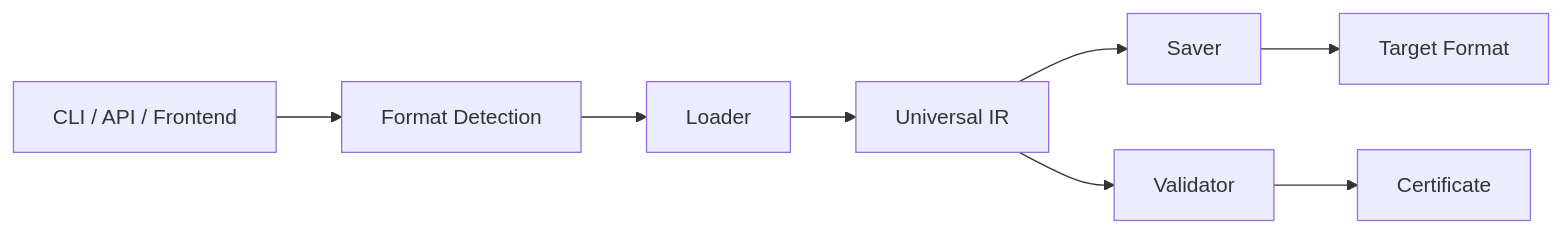
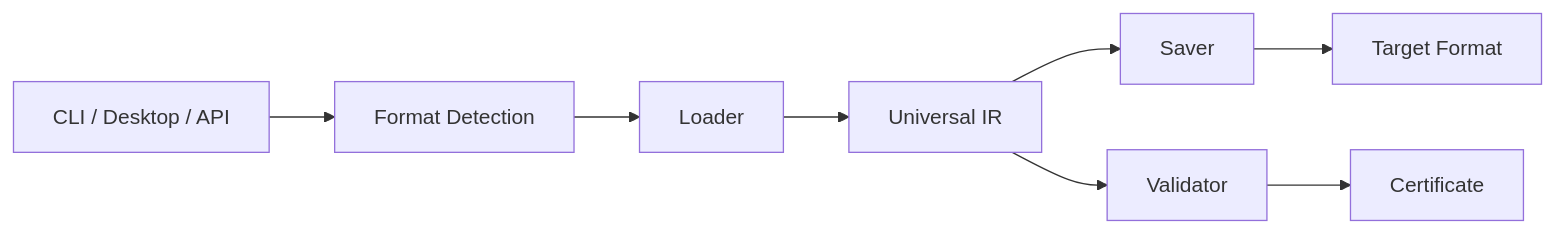
Before and after one commit to rustnew/UMC: the first of 2 diagrams in README.md, drawn with Mermaid. The commit also changed other lines of this file and 131 other files, not shown here.

Commit message:
refactor: remove web frontend (umc-frontend) — UMC becomes a local desktop tool

````diff
--- a/README.md
+++ b/README.md
@@ -187,10 +188,10 @@
 ```mermaid
 flowchart LR
-    A[CLI / API / Frontend] --> B[Format Detection]
+    A[CLI / Desktop / API] --> B[Format Detection]
     B --> C[Loader]
     C --> D[Universal IR]
     D --> E[Saver]
     E --> F[Target Format]
     D --> G[Validator]
     G --> H[Certificate]
 ```
````
